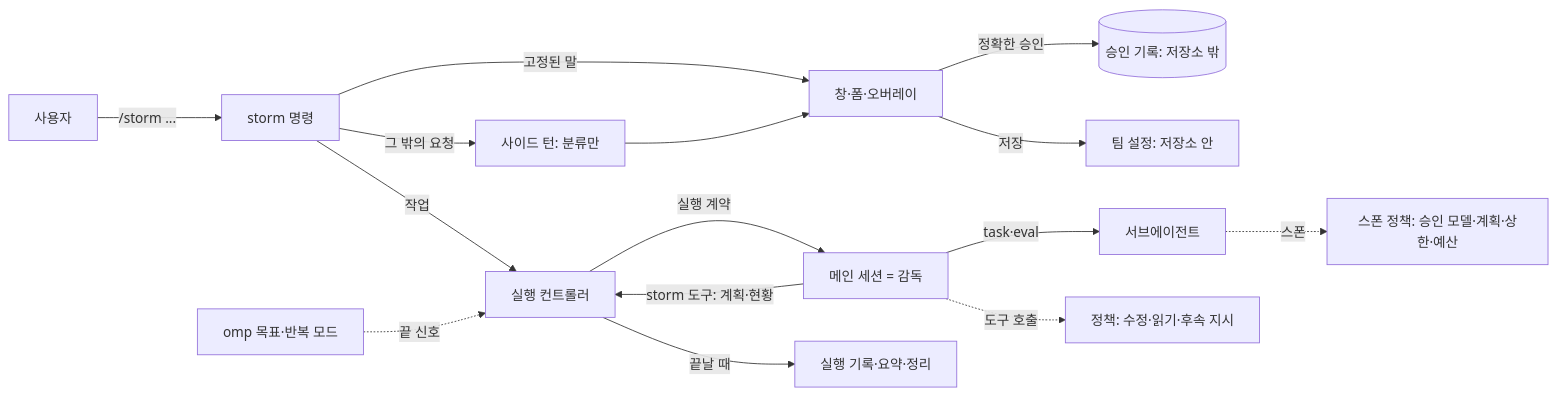
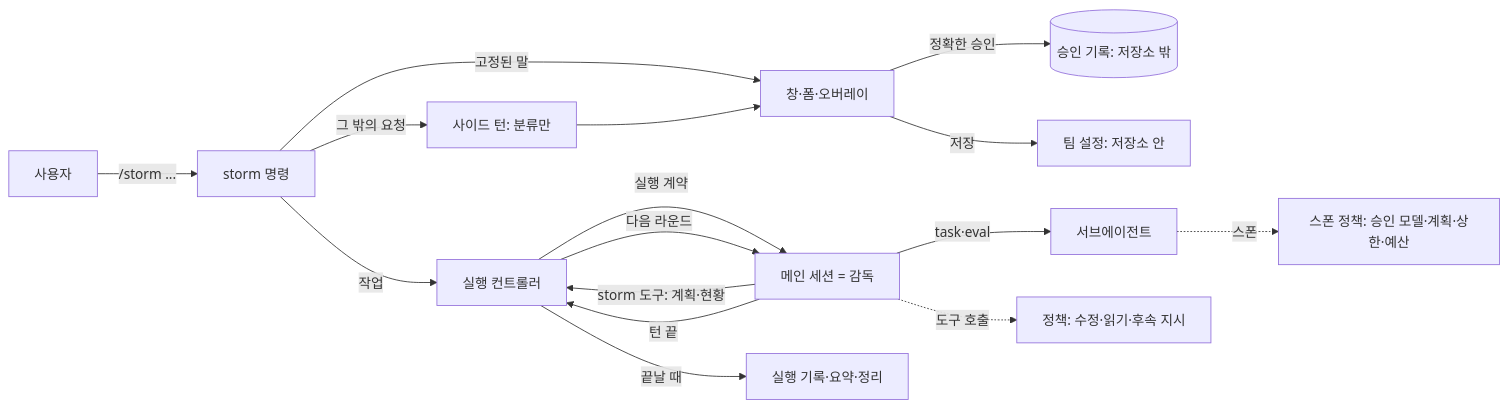
Before and after one commit to dhkimxx/omp-storm: the diagram in docs/design.md, drawn with Mermaid. The commit also changed other lines of this file and 40 other files, not shown here.

````diff
--- a/docs/design.md
+++ b/docs/design.md
@@ -84,17 +91,18 @@
 ```mermaid
 flowchart LR
   U[사용자] -->|/storm ...| C[storm 명령]
   C -->|고정된 말| F[창·폼·오버레이]
   C -->|그 밖의 요청| S[사이드 턴: 분류만]
   S --> F
   F -->|정확한 승인| A[(승인 기록: 저장소 밖)]
   F -->|저장| G[팀 설정: 저장소 안]
   C -->|작업| R[실행 컨트롤러]
   R -->|실행 계약| M[메인 세션 = 감독]
   M -->|storm 도구: 계획·현황| R
   M -->|task·eval| W[서브에이전트]
   M -.->|도구 호출| P[정책: 수정·읽기·후속 지시]
   W -.->|스폰| H[스폰 정책: 승인 모델·계획·상한·예산]
-  O[omp 목표·반복 모드] -.->|끝 신호| R
+  M -->|턴 끝| R
+  R -->|다음 라운드| M
   R -->|끝날 때| J[실행 기록·요약·정리]
 ```
````
